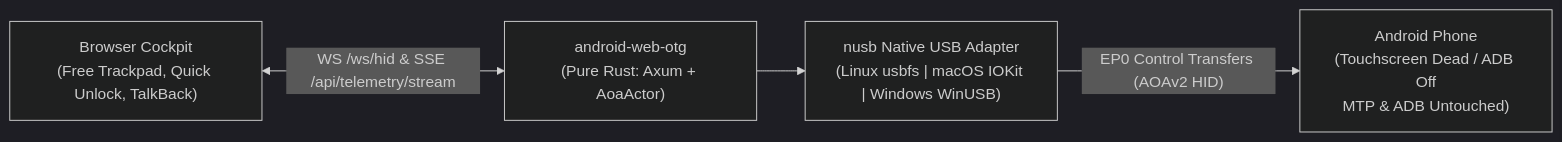
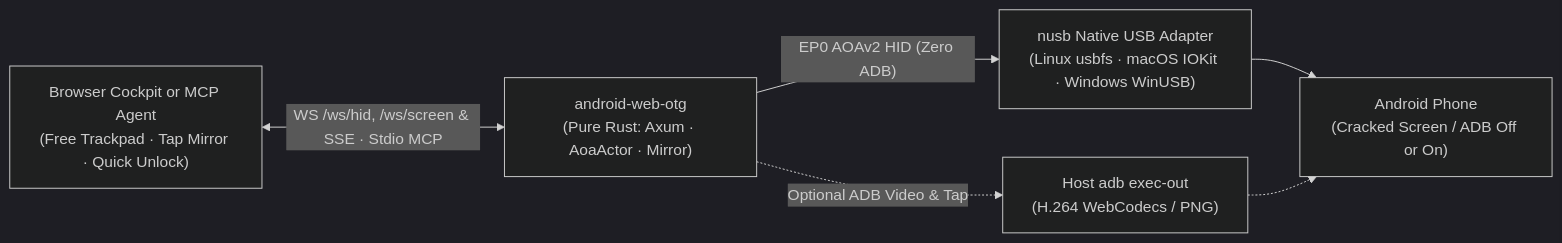
The diagram in README.md (Maverick0351a/android-web-otg), drawn with Mermaid (dark theme) before and after one commit. The commit also changed other lines of this file and 19 other files, not shown here.

Commit message:
feat(v0.2.0): add screen mirror, stdio MCP server, and security hardening (#5)

````diff
--- a/README.md
+++ b/README.md
@@ -57,6 +58,8 @@
 ```mermaid
 flowchart LR
-  UI["Browser Cockpit\n(Free Trackpad, Quick Unlock, TalkBack)"] <-- "WS /ws/hid & SSE /api/telemetry/stream" --> Srv["android-web-otg\n(Pure Rust: Axum + AoaActor)"]
-  Srv --> Usb["nusb Native USB Adapter\n(Linux usbfs | macOS IOKit | Windows WinUSB)"]
-  Usb -- "EP0 Control Transfers (AOAv2 HID)" --> Phone["Android Phone\n(Touchscreen Dead / ADB Off\nMTP & ADB Untouched)"]
+  UI["Browser Cockpit or MCP Agent<br/>(Free Trackpad · Tap Mirror · Quick Unlock)"] <-->|"WS /ws/hid, /ws/screen & SSE · Stdio MCP"| Srv["android-web-otg<br/>(Pure Rust: Axum · AoaActor · Mirror)"]
+  Srv -->|"EP0 AOAv2 HID (Zero ADB)"| Usb["nusb Native USB Adapter<br/>(Linux usbfs · macOS IOKit · Windows WinUSB)"]
+  Srv -.->|"Optional ADB Video & Tap"| Adb["Host adb exec-out<br/>(H.264 WebCodecs / PNG)"]
+  Usb --> Phone["Android Phone<br/>(Cracked Screen / ADB Off or On)"]
+  Adb -.-> Phone
 ```
````
